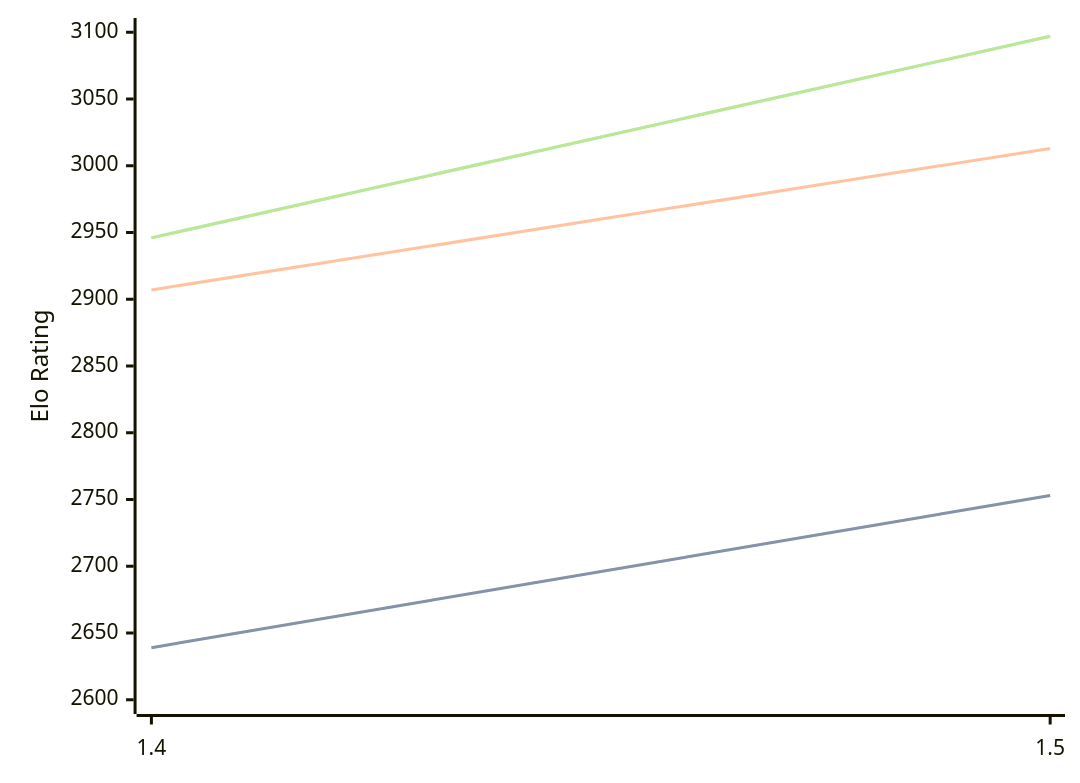
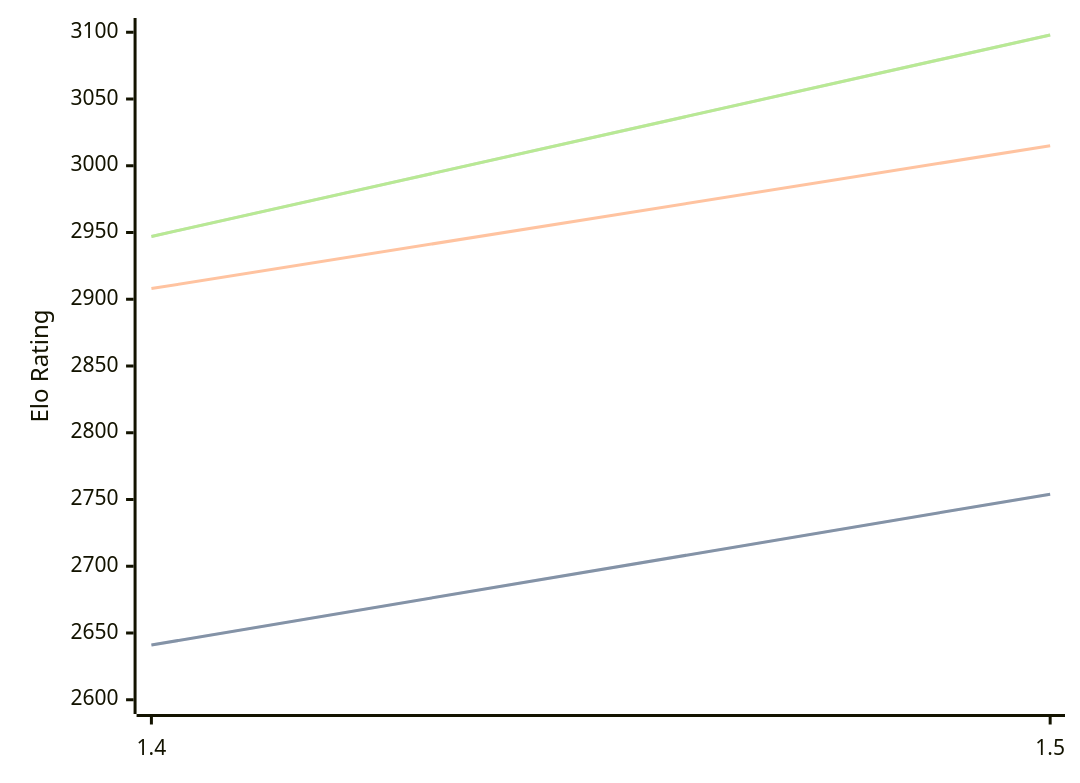
One commit to computer-chess-index/cci changed the diagram in engines/Yakka.md. Above: the diagram before and after it, drawn with Mermaid. The commit also changed other lines of this file, not shown here.

Commit message:
Update CCI Ratings (ELO VLTC) - 2026-08-15

````diff
--- a/engines/Yakka.md
+++ b/engines/Yakka.md
@@ -32,11 +32,11 @@
 ```mermaid
 %%{init: {"theme":"base","themeVariables":{"seriesColors:['#a3a3a3','#222221','#faa371']}}}%%
 xychart-beta
   x-axis ["1.4", "1.5"]
   y-axis "Elo Rating" 2600 --> 3100
-  line "STC (8.0+0.08s)" [2639, 2753]
-  line "STC (8.0+0.08s)" [2639, 2753]
-  line "LTC (60.0+0.60s)" [2907, 3013]
-  line "VLTC (2m24s+1.12s)" [2946, 3097]
-  line "VLTC (2m24s+1.12s)" [2946, 3097]
+  line "STC (8.0+0.08s)" [2641, 2754]
+  line "STC (8.0+0.08s)" [2641, 2754]
+  line "LTC (60.0+0.60s)" [2908, 3015]
+  line "VLTC (2m24s+1.12s)" [2947, 3098]
+  line "VLTC (2m24s+1.12s)" [2947, 3098]
 ```
````
